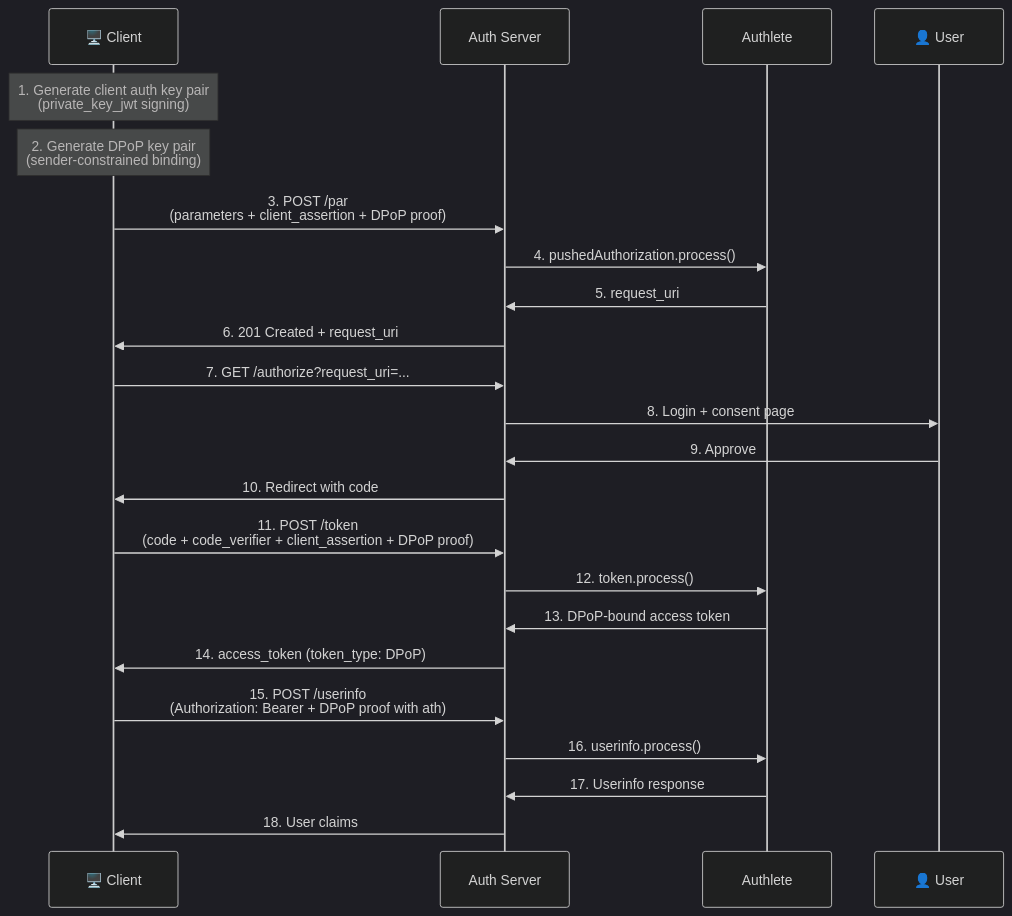
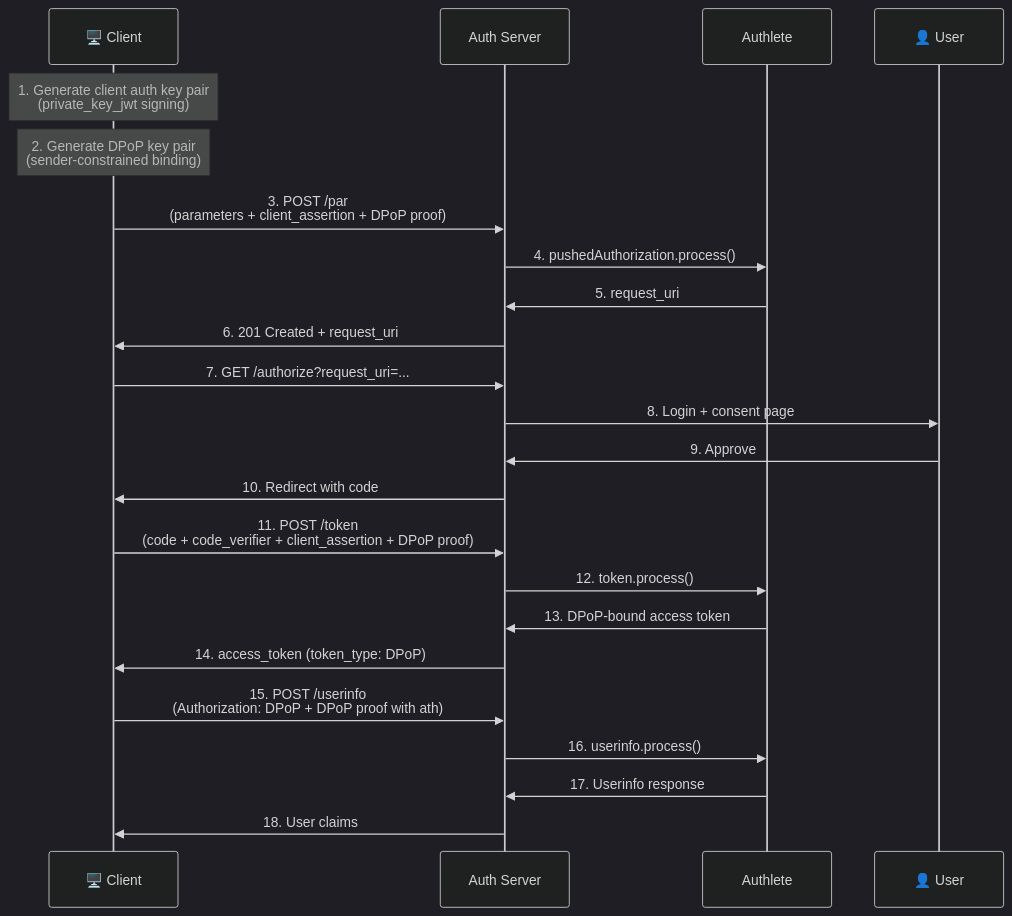
One commit to blackadi/OAUTH2.0 changed the seventh of 7 diagrams in docs/FAPI-TUTORIAL.md. Above: the diagram before and after it, drawn with Mermaid. The commit also changed other lines of this file and 15 other files, not shown here.

````diff
--- a/docs/FAPI-TUTORIAL.md
+++ b/docs/FAPI-TUTORIAL.md
@@ -278,31 +278,31 @@
 ```mermaid
 %%{init: {'theme': 'dark'}}%%
 sequenceDiagram
     participant Client as 🖥️ Client
     participant AS as Auth Server
     participant Authlete
     participant User as 👤 User
 
     Note over Client: 1. Generate client auth key pair<br/>(private_key_jwt signing)
     Note over Client: 2. Generate DPoP key pair<br/>(sender-constrained binding)
 
     Client->>AS: 3. POST /par<br/>(parameters + client_assertion + DPoP proof)
     AS->>Authlete: 4. pushedAuthorization.process()
     Authlete->>AS: 5. request_uri
     AS->>Client: 6. 201 Created + request_uri
 
     Client->>AS: 7. GET /authorize?request_uri=...
     AS->>User: 8. Login + consent page
     User->>AS: 9. Approve
     AS->>Client: 10. Redirect with code
 
     Client->>AS: 11. POST /token<br/>(code + code_verifier + client_assertion + DPoP proof)
     AS->>Authlete: 12. token.process()
     Authlete->>AS: 13. DPoP-bound access token
     AS->>Client: 14. access_token (token_type: DPoP)
 
-    Client->>AS: 15. POST /userinfo<br/>(Authorization: Bearer + DPoP proof with ath)
+    Client->>AS: 15. POST /userinfo<br/>(Authorization: DPoP + DPoP proof with ath)
     AS->>Authlete: 16. userinfo.process()
     Authlete->>AS: 17. Userinfo response
     AS->>Client: 18. User claims
 ```
````
